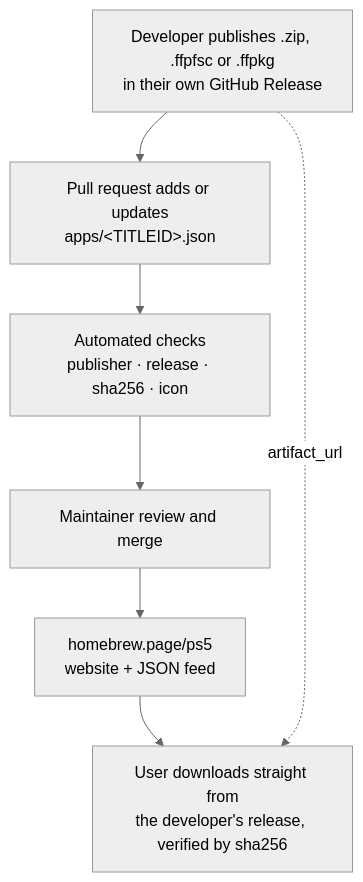
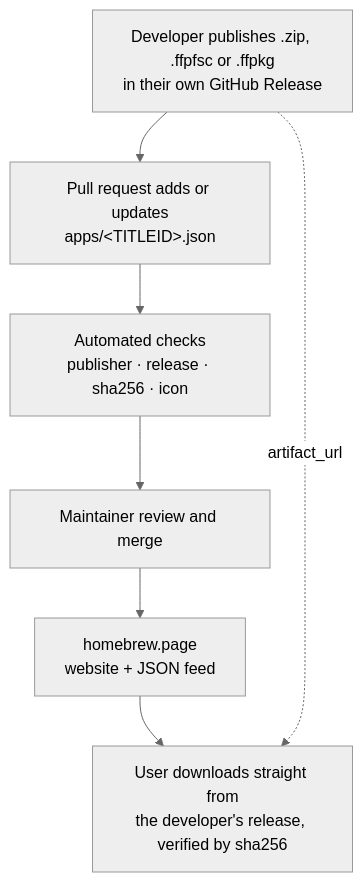
Before and after one commit to GordonProsperoMan/ps5-homebrew-catalog: the diagram in README.md, drawn with Mermaid (neutral theme). The commit also changed other lines of this file and 4 other files, not shown here.

````diff
--- a/README.md
+++ b/README.md
@@ -19,12 +19,12 @@
 ```mermaid
 flowchart TB
     dev["Developer publishes .zip, .ffpfsc or .ffpkg<br/>in their own GitHub Release"]
     pr["Pull request adds or updates<br/>apps/&lt;TITLEID&gt;.json"]
     checks["Automated checks<br/>publisher · release · sha256 · icon"]
     review["Maintainer review and merge"]
-    site["homebrew.page/ps5<br/>website + JSON feed"]
+    site["homebrew.page<br/>website + JSON feed"]
     user["User downloads straight from<br/>the developer's release, verified by sha256"]
 
     dev --> pr --> checks --> review --> site --> user
     dev -. artifact_url .-> user
 ```
````
